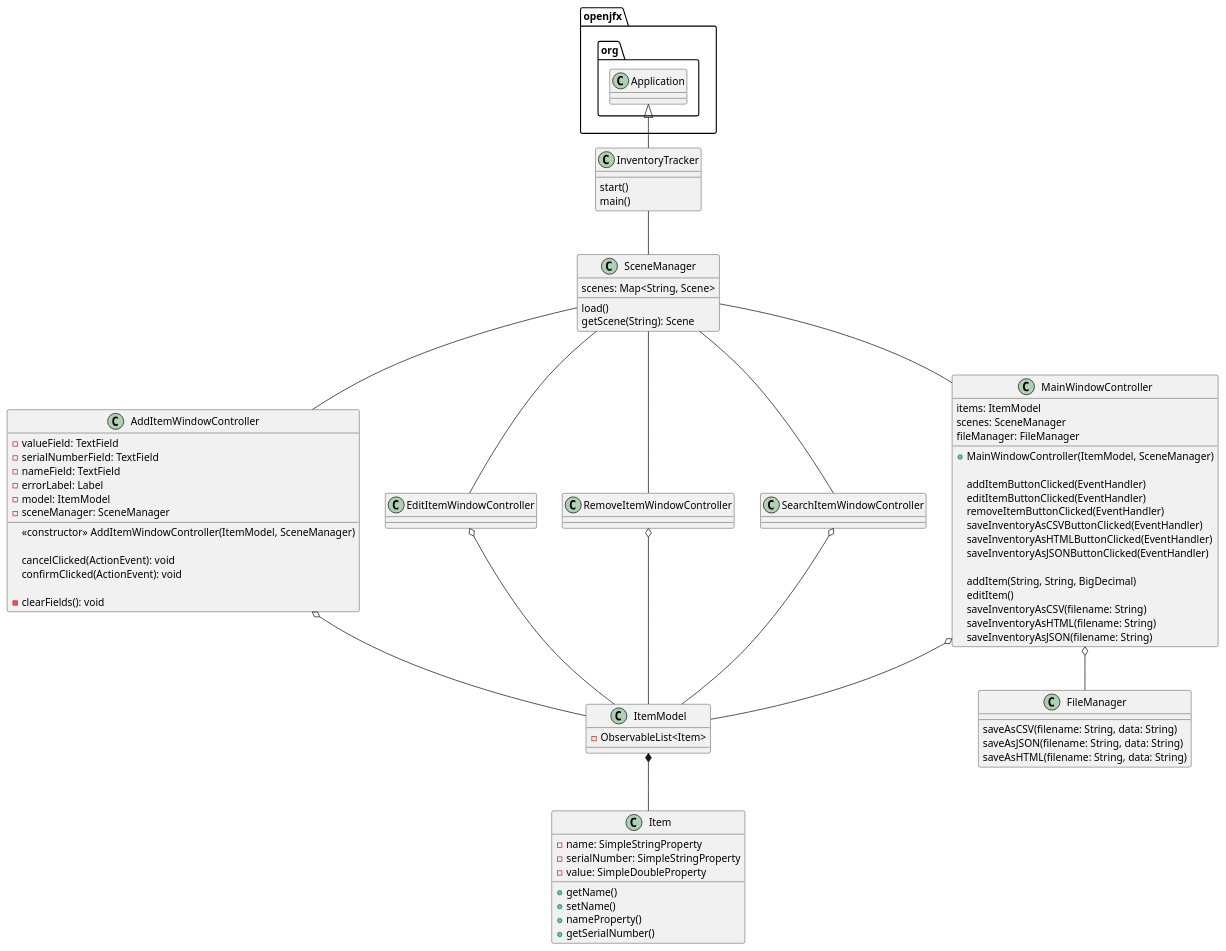
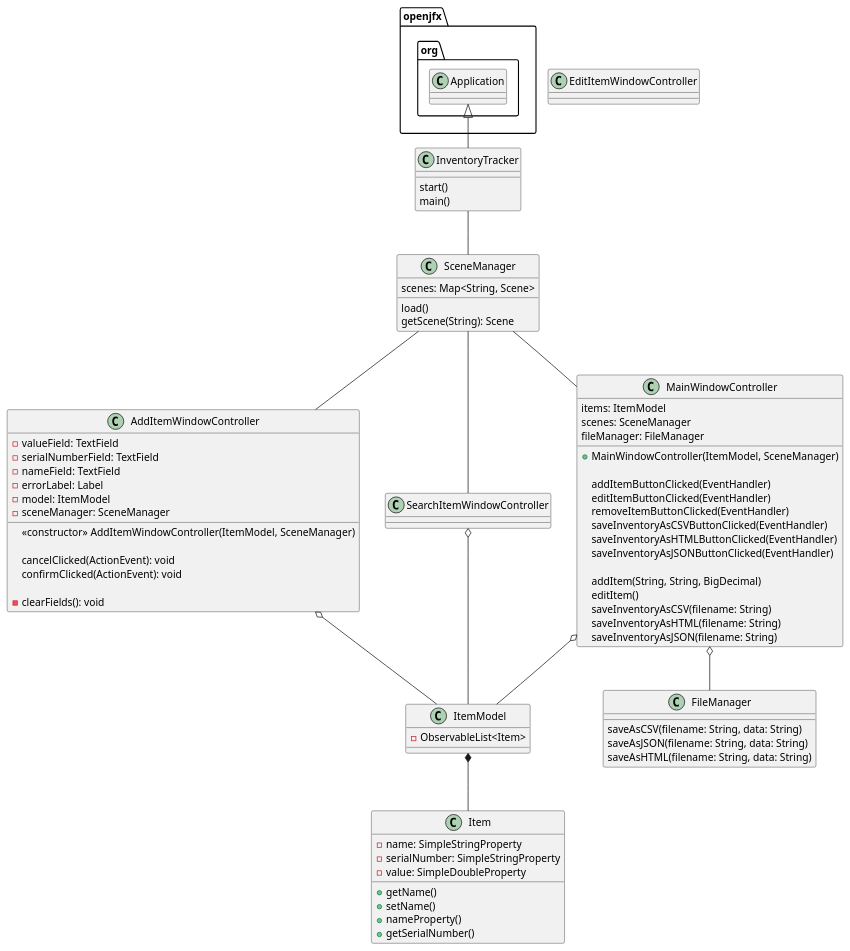
The diagram in uml/Assignment5.puml (GSabiniPanini/Assignment5), drawn with PlantUML before and after one commit.

Commit message:
changes to puml

```diff
--- a/uml/Assignment5.puml
+++ b/uml/Assignment5.puml
@@ -1,96 +1,90 @@
 @startuml
 
 class InventoryTracker {
     start()
     main()
 }
 
 class SceneManager {
     scenes: Map<String, Scene>
 
     load()
     getScene(String): Scene
 }
 
 class MainWindowController {
     items: ItemModel
     scenes: SceneManager
     fileManager: FileManager
 
     + MainWindowController(ItemModel, SceneManager)
 
     addItemButtonClicked(EventHandler)
     editItemButtonClicked(EventHandler)
     removeItemButtonClicked(EventHandler)
     saveInventoryAsCSVButtonClicked(EventHandler)
     saveInventoryAsHTMLButtonClicked(EventHandler)
     saveInventoryAsJSONButtonClicked(EventHandler)
 
     addItem(String, String, BigDecimal)
     editItem()
     saveInventoryAsCSV(filename: String)
     saveInventoryAsHTML(filename: String)
     saveInventoryAsJSON(filename: String)
 }
 
 class AddItemWindowController {
     - valueField: TextField
     - serialNumberField: TextField
     - nameField: TextField
     - errorLabel: Label
     - model: ItemModel
     - sceneManager: SceneManager
 
     <<constructor>> AddItemWindowController(ItemModel, SceneManager)
 
     cancelClicked(ActionEvent): void
     confirmClicked(ActionEvent): void
 
     - clearFields(): void
 }
 
 class EditItemWindowController {
 }
 
-class RemoveItemWindowController {
-}
 
 class SearchItemWindowController {
 }
 
 class ItemModel {
     - ObservableList<Item>
 }
 
 class Item {
     - name: SimpleStringProperty
     - serialNumber: SimpleStringProperty
     - value: SimpleDoubleProperty
 
     + getName()
     + setName()
     + nameProperty()
     + getSerialNumber()
 }
 
 class FileManager {
     saveAsCSV(filename: String, data: String)
     saveAsJSON(filename: String, data: String)
     saveAsHTML(filename: String, data: String)
 }
 
 openjfx.org.Application <|-- InventoryTracker
 InventoryTracker -- SceneManager
 SceneManager -- MainWindowController
 SceneManager -- AddItemWindowController
-SceneManager -- EditItemWindowController
-SceneManager -- RemoveItemWindowController
 SceneManager -- SearchItemWindowController
 MainWindowController o-- ItemModel
 AddItemWindowController o-- ItemModel
-EditItemWindowController o-- ItemModel
-RemoveItemWindowController o-- ItemModel
 SearchItemWindowController o-- ItemModel
 ItemModel *-- Item
 MainWindowController o-- FileManager
 @enduml
```
